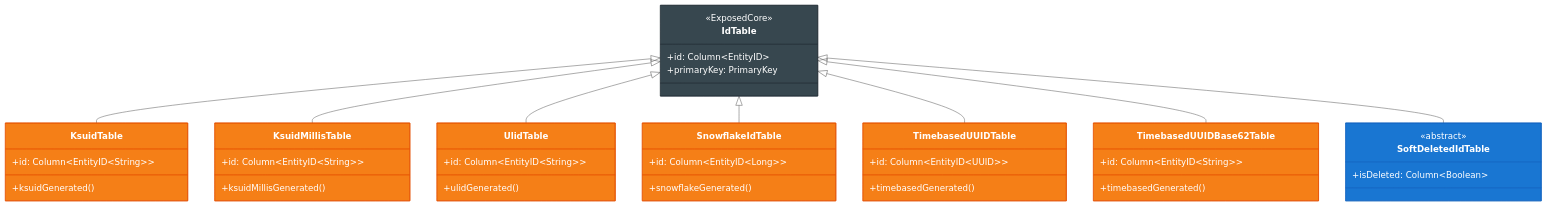
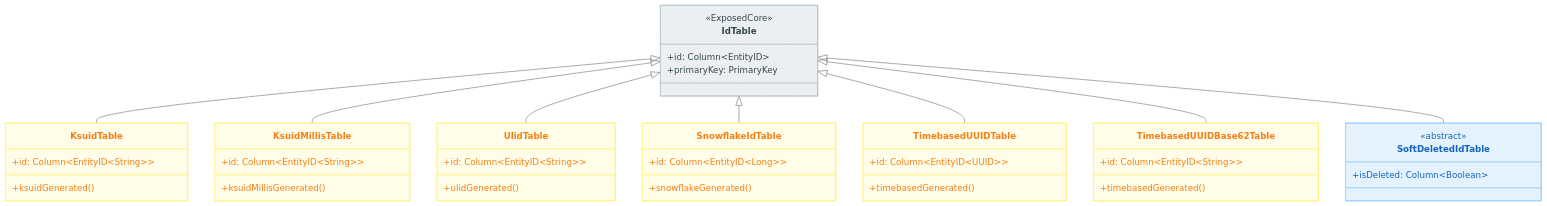
Before and after one commit to bluetape4k/bluetape4k-projects: the third of 5 diagrams in data/exposed-core/README.md, drawn with Mermaid (neutral theme). The commit also changed other lines of this file and 219 other files, not shown here.

First line of the commit message:
docs: 전체 README Mermaid 다이어그램 가이드 적용

````diff
--- a/data/exposed-core/README.md
+++ b/data/exposed-core/README.md
@@ -307,53 +307,53 @@
 ```mermaid
 classDiagram
     class IdTable {
 <<ExposedCore>>
 +id: Column~EntityID~
 +primaryKey: PrimaryKey
 }
 class KsuidTable {
 +id: Column~EntityID~String~~
 +ksuidGenerated()
 }
 class KsuidMillisTable {
 +id: Column~EntityID~String~~
 +ksuidMillisGenerated()
 }
 class UlidTable {
 +id: Column~EntityID~String~~
 +ulidGenerated()
 }
 class SnowflakeIdTable {
 +id: Column~EntityID~Long~~
 +snowflakeGenerated()
 }
 class TimebasedUUIDTable {
 +id: Column~EntityID~UUID~~
 +timebasedGenerated()
 }
 class TimebasedUUIDBase62Table {
 +id: Column~EntityID~String~~
 +timebasedGenerated()
 }
 class SoftDeletedIdTable {
 <<abstract>>
 +isDeleted: Column~Boolean~
 }
 
 IdTable <|-- KsuidTable
 IdTable <|-- KsuidMillisTable
 IdTable <|-- UlidTable
 IdTable <|-- SnowflakeIdTable
 IdTable <|-- TimebasedUUIDTable
 IdTable <|-- TimebasedUUIDBase62Table
 IdTable <|-- SoftDeletedIdTable
 
-    style IdTable fill:#37474F,stroke:#263238,color:#FFFFFF
-    style KsuidTable fill:#F57F17,stroke:#E65100,color:#FFFFFF
-    style KsuidMillisTable fill:#F57F17,stroke:#E65100,color:#FFFFFF
-    style UlidTable fill:#F57F17,stroke:#E65100,color:#FFFFFF
-    style SnowflakeIdTable fill:#F57F17,stroke:#E65100,color:#FFFFFF
-    style TimebasedUUIDTable fill:#F57F17,stroke:#E65100,color:#FFFFFF
-    style TimebasedUUIDBase62Table fill:#F57F17,stroke:#E65100,color:#FFFFFF
-    style SoftDeletedIdTable fill:#1976D2,stroke:#1565C0,color:#FFFFFF
+    style IdTable fill:#ECEFF1,stroke:#B0BEC5,color:#37474F
+    style KsuidTable fill:#FFFDE7,stroke:#FFF176,color:#F57F17
+    style KsuidMillisTable fill:#FFFDE7,stroke:#FFF176,color:#F57F17
+    style UlidTable fill:#FFFDE7,stroke:#FFF176,color:#F57F17
+    style SnowflakeIdTable fill:#FFFDE7,stroke:#FFF176,color:#F57F17
+    style TimebasedUUIDTable fill:#FFFDE7,stroke:#FFF176,color:#F57F17
+    style TimebasedUUIDBase62Table fill:#FFFDE7,stroke:#FFF176,color:#F57F17
+    style SoftDeletedIdTable fill:#E3F2FD,stroke:#90CAF9,color:#1565C0
 ```
````
